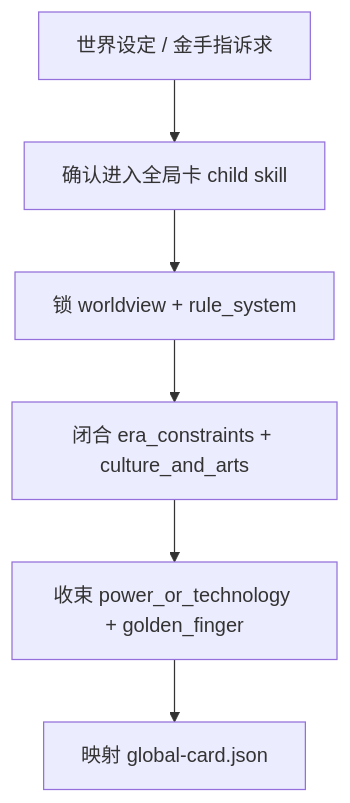
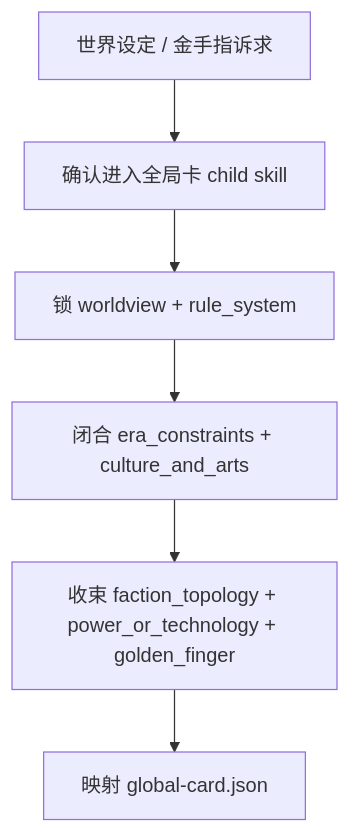
Before and after one commit to ZEN-VOID/AI-CUT: the first of 3 diagrams in .agents/skills/story/1-Cards/全局卡/SKILL.md, drawn with Mermaid. The commit also changed other lines of this file and 281 other files, not shown here.

````diff
--- a/.agents/skills/story/1-Cards/全局卡/SKILL.md
+++ b/.agents/skills/story/1-Cards/全局卡/SKILL.md
@@ -75,8 +75,8 @@
 ```mermaid
 flowchart TD
     A["世界设定 / 金手指诉求"] --> B["确认进入全局卡 child skill"]
     B --> C["锁 worldview + rule_system"]
     C --> D["闭合 era_constraints + culture_and_arts"]
-    D --> E["收束 power_or_technology + golden_finger"]
+    D --> E["收束 faction_topology + power_or_technology + golden_finger"]
     E --> F["映射 global-card.json"]
 ```
````
